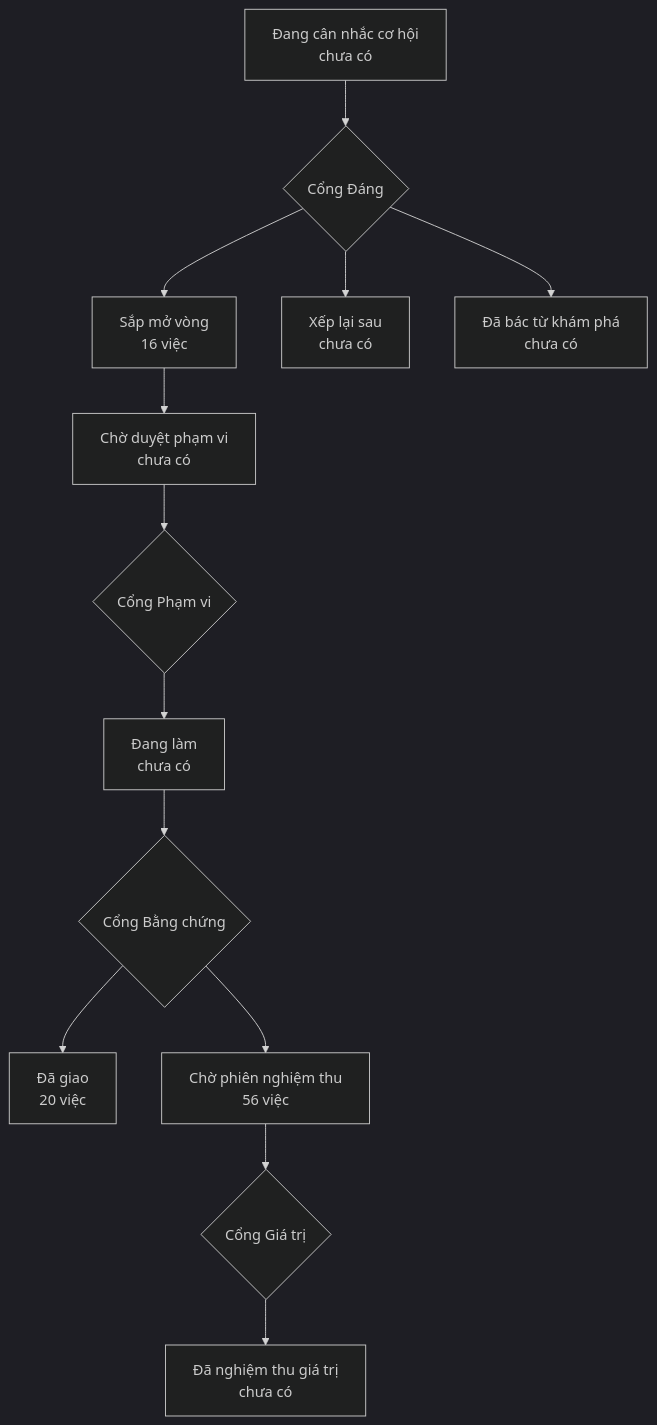
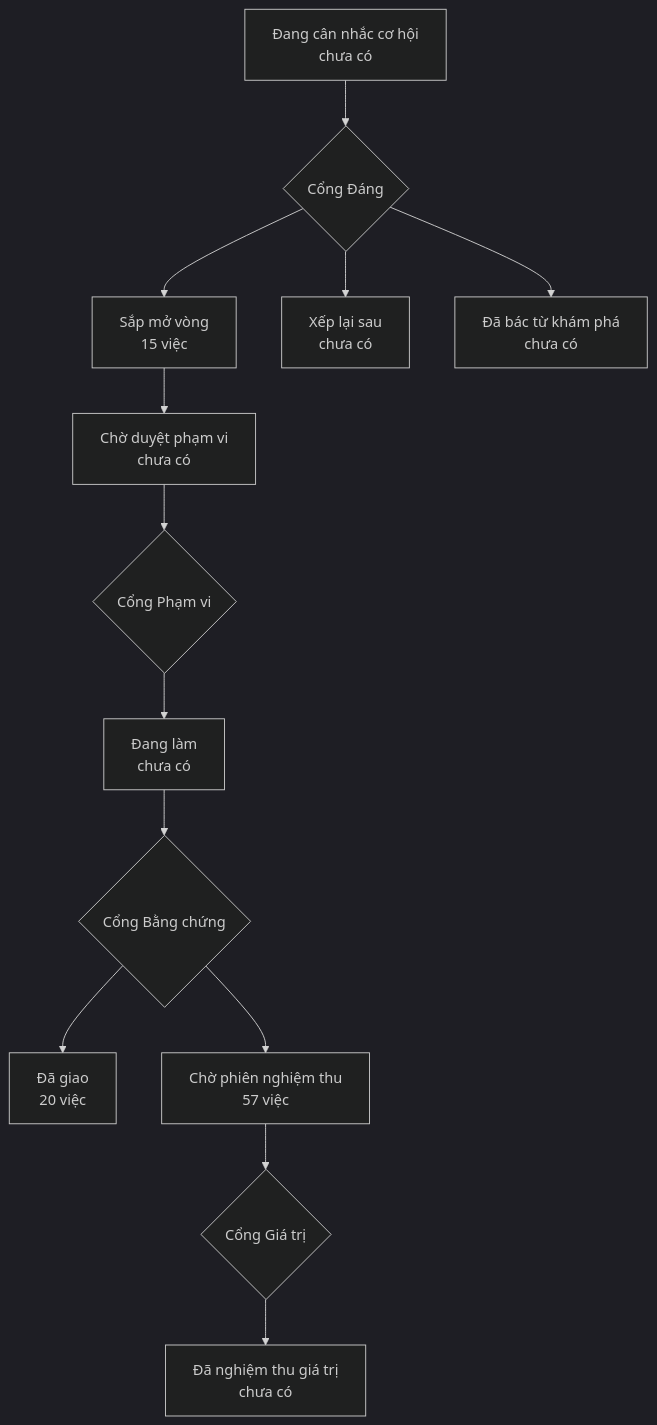
Before and after one commit to phanlemanh/onehub-quy-hang: the diagram in PRODUCT-MAP.md, drawn with Mermaid (dark theme). The commit also changed 1 other file, not shown here.

Commit message:
chore: vẽ lại bản đồ và lộ trình sau gộp nhánh chính

````diff
--- a/PRODUCT-MAP.md
+++ b/PRODUCT-MAP.md
@@ -7,12 +7,12 @@
 ```mermaid
 flowchart TD
   A["Đang cân nhắc cơ hội<br/>chưa có"] --> GD{"Cổng Đáng"}
-  GD --> B["Sắp mở vòng<br/>16 việc"]
+  GD --> B["Sắp mở vòng<br/>15 việc"]
   GD --> XL["Xếp lại sau<br/>chưa có"]
   GD --> DB["Đã bác từ khám phá<br/>chưa có"]
   B --> CD["Chờ duyệt phạm vi<br/>chưa có"] --> GP{"Cổng Phạm vi"}
   GP --> DL["Đang làm<br/>chưa có"] --> GB{"Cổng Bằng chứng"}
   GB --> DG["Đã giao<br/>20 việc"]
-  GB --> CN["Chờ phiên nghiệm thu<br/>56 việc"] --> GG{"Cổng Giá trị"}
+  GB --> CN["Chờ phiên nghiệm thu<br/>57 việc"] --> GG{"Cổng Giá trị"}
   GG --> NT["Đã nghiệm thu giá trị<br/>chưa có"]
 ```
````
